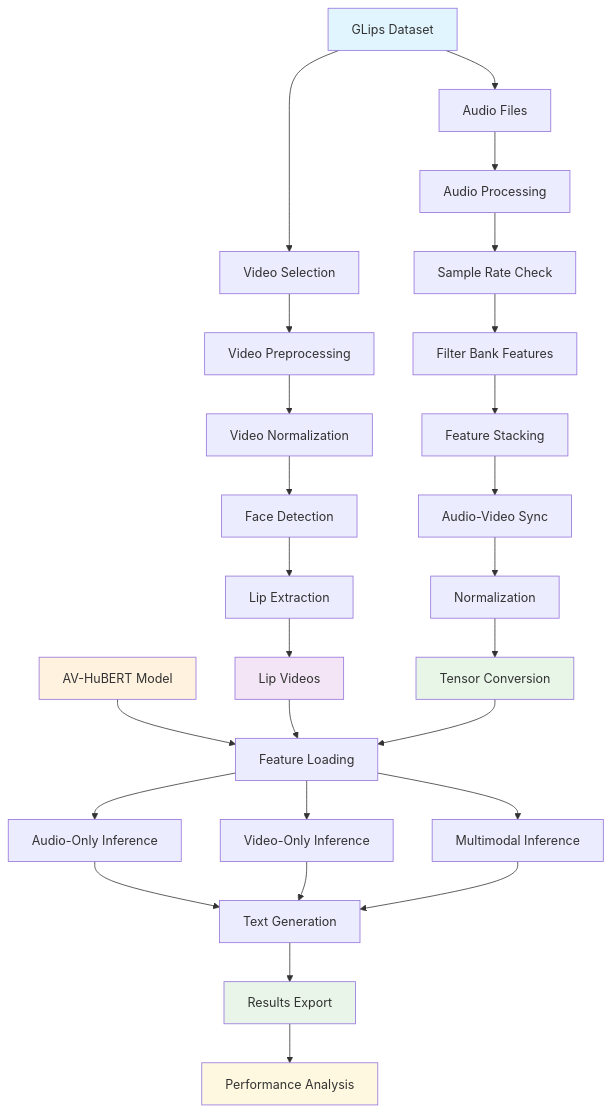
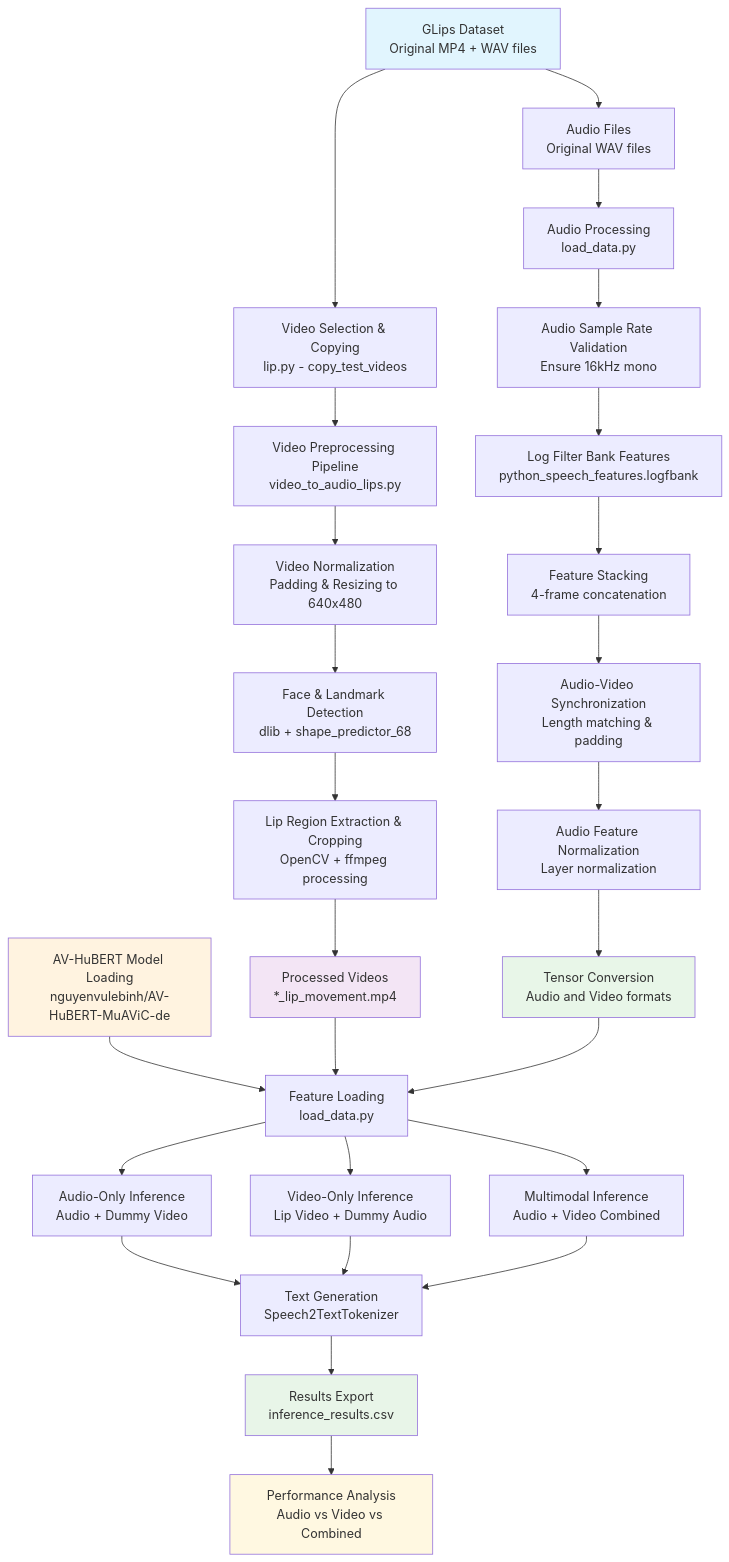
One commit to declined000/AV-HuBERT-Pipeline changed the diagram in README.md. Above: the diagram before and after it, drawn with Mermaid.

Commit message:
fixed mermaid

````diff
--- a/README.md
+++ b/README.md
@@ -13,43 +13,43 @@
 ```mermaid
 flowchart TD
-    A[GLips Dataset] --> B[Video Selection]
-    B --> C[Video Preprocessing]
+    A[GLips Dataset<br/>Original MP4 + WAV files] --> B[Video Selection & Copying<br/>lip.py - copy_test_videos]
+    B --> C[Video Preprocessing Pipeline<br/>video_to_audio_lips.py]
     
-    C --> D[Video Normalization]
-    D --> E[Face Detection]
-    E --> F[Lip Extraction]
-    F --> G[Lip Videos]
+    C --> D[Video Normalization<br/>Padding & Resizing to 640x480]
+    D --> E[Face & Landmark Detection<br/>dlib + shape_predictor_68]
+    E --> F[Lip Region Extraction & Cropping<br/>OpenCV + ffmpeg processing]
+    F --> G[Processed Videos<br/>*_lip_movement.mp4]
     
-    A --> H[Audio Files]
+    A --> H[Audio Files<br/>Original WAV files]
     
-    I[AV-HuBERT Model] --> J[Feature Loading]
+    I[AV-HuBERT Model Loading<br/>nguyenvulebinh/AV-HuBERT-MuAViC-de] --> J[Feature Loading<br/>load_data.py]
     G --> J
-    H --> K[Audio Processing]
+    H --> K[Audio Processing<br/>load_data.py]
     
-    K --> L[Sample Rate Check]
-    L --> M[Filter Bank Features]
-    M --> N[Feature Stacking]
-    N --> O[Audio-Video Sync]
-    O --> P[Normalization]
-    P --> Q[Tensor Conversion]
+    K --> L[Audio Sample Rate Validation<br/>Ensure 16kHz mono]
+    L --> M[Log Filter Bank Features<br/>python_speech_features.logfbank]
+    M --> N[Feature Stacking<br/>4-frame concatenation]
+    N --> O[Audio-Video Synchronization<br/>Length matching & padding]
+    O --> P[Audio Feature Normalization<br/>Layer normalization]
+    P --> Q[Tensor Conversion<br/>Audio and Video formats]
     Q --> J
     
-    J --> R[Audio-Only Inference]
-    J --> S[Video-Only Inference]
-    J --> T[Multimodal Inference]
+    J --> R[Audio-Only Inference<br/>Audio + Dummy Video]
+    J --> S[Video-Only Inference<br/>Lip Video + Dummy Audio]
+    J --> T[Multimodal Inference<br/>Audio + Video Combined]
     
-    R --> U[Text Generation]
+    R --> U[Text Generation<br/>Speech2TextTokenizer]
     S --> U
     T --> U
     
-    U --> V[Results Export]
+    U --> V[Results Export<br/>inference_results.csv]
     
-    V --> W[Performance Analysis]
+    V --> W[Performance Analysis<br/>Audio vs Video vs Combined]
     
     style A fill:#e1f5fe
     style G fill:#f3e5f5
     style I fill:#fff3e0
     style Q fill:#e8f6e8
     style V fill:#e8f5e8
     style W fill:#fff8e1
 ```
````
